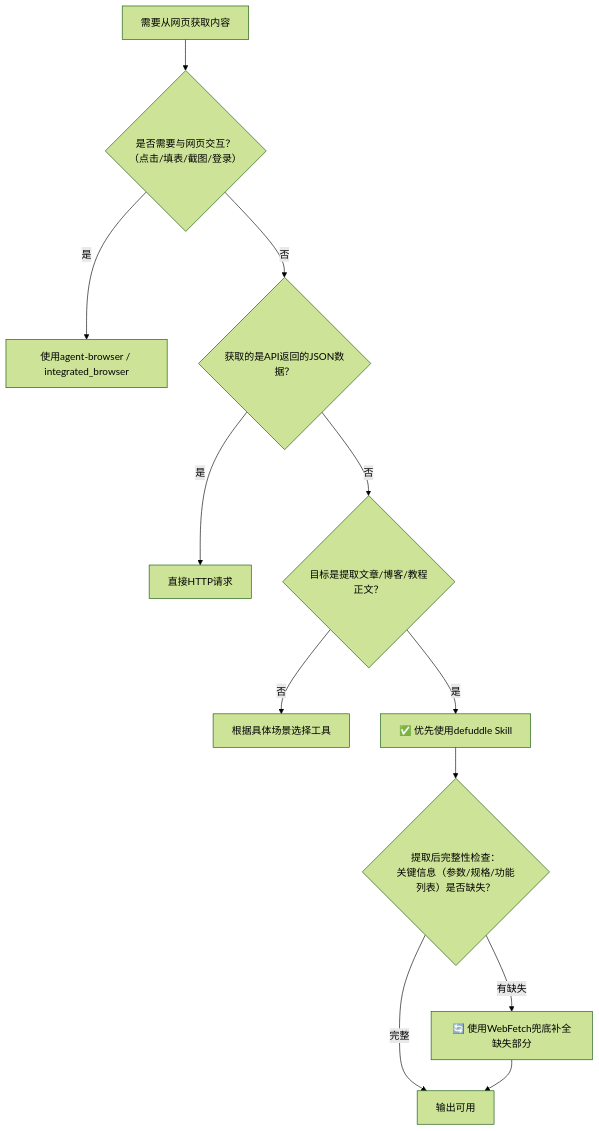
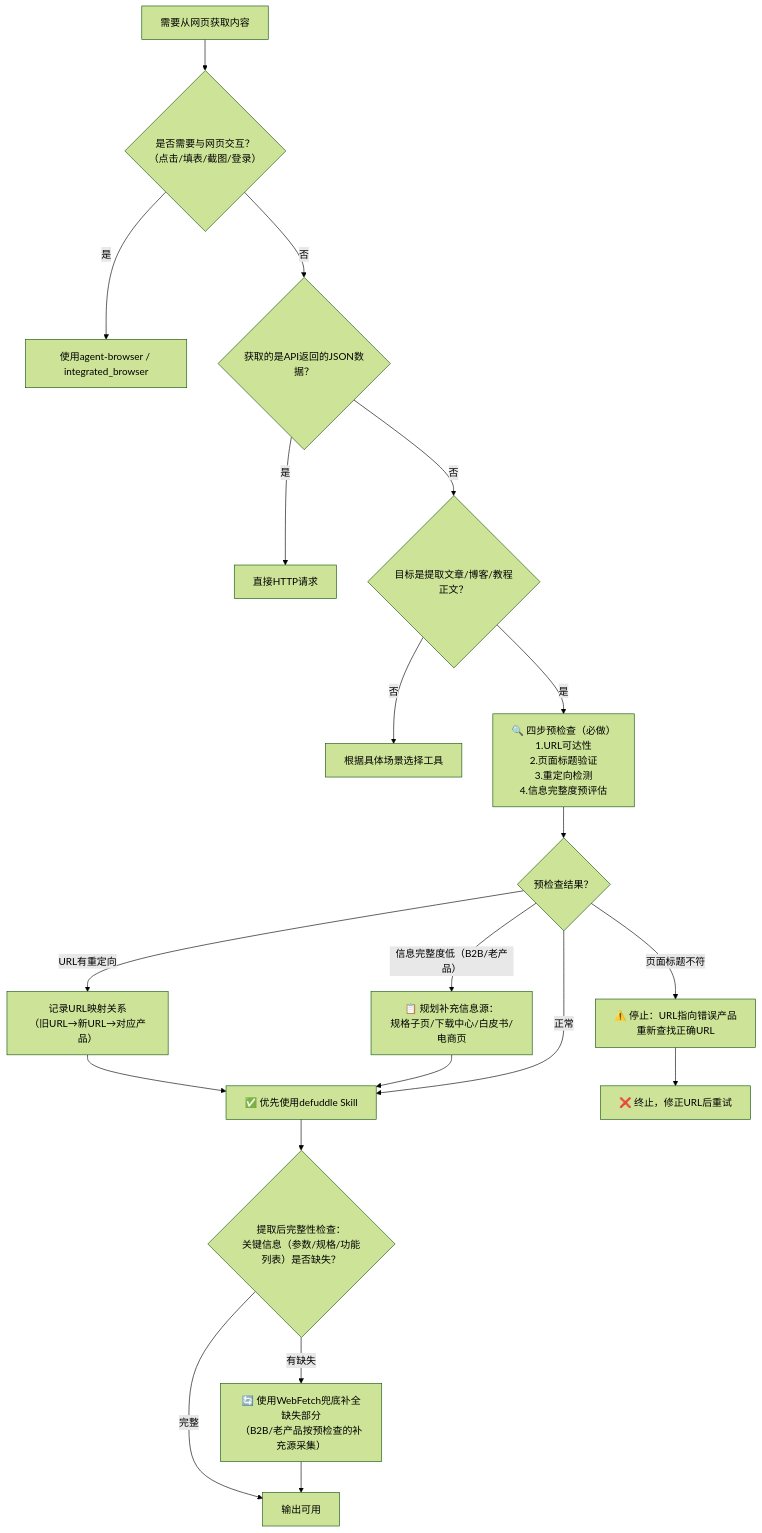
The diagram in docs/retrospective/patterns/methodology-patterns/tools-automation/defuddle-web-extraction-preferred.md (xinetzone/SpecWeave), drawn with Mermaid (forest theme) before and after one commit. The commit also changed other lines of this file and 3 other files, not shown here.

````diff
--- a/docs/retrospective/patterns/methodology-patterns/tools-automation/defuddle-web-extraction-preferred.md
+++ b/docs/retrospective/patterns/methodology-patterns/tools-automation/defuddle-web-extraction-preferred.md
@@ -61,14 +67,22 @@
 ```mermaid
 flowchart TD
     A["需要从网页获取内容"] --> B{"是否需要与网页交互？<br/>（点击/填表/截图/登录）"}
     B -->|"是"| C["使用agent-browser / integrated_browser"]
     B -->|"否"| D{"获取的是API返回的JSON数据？"}
     D -->|"是"| E["直接HTTP请求"]
     D -->|"否"| F{"目标是提取文章/博客/教程正文？"}
     F -->|"否"| H["根据具体场景选择工具"]
-    F -->|"是"| G["✅ 优先使用defuddle Skill"]
+    F -->|"是"| P0["🔍 四步预检查（必做）<br/>1.URL可达性<br/>2.页面标题验证<br/>3.重定向检测<br/>4.信息完整度预评估"]
+    P0 --> P1{"预检查结果？"}
+    P1 -->|"URL有重定向"| P2["记录URL映射关系<br/>（旧URL→新URL→对应产品）"]
+    P1 -->|"页面标题不符"| P3["⚠️ 停止：URL指向错误产品<br/>重新查找正确URL"]
+    P1 -->|"信息完整度低（B2B/老产品）"| P4["📋 规划补充信息源：<br/>规格子页/下载中心/白皮书/电商页"]
+    P2 --> G
+    P4 --> G
+    P1 -->|"正常"| G["✅ 优先使用defuddle Skill"]
     G --> I{"提取后完整性检查：<br/>关键信息（参数/规格/功能列表）是否缺失？"}
     I -->|"完整"| J["输出可用"]
-    I -->|"有缺失"| K["🔄 使用WebFetch兜底补全缺失部分"]
+    I -->|"有缺失"| K["🔄 使用WebFetch兜底补全缺失部分<br/>（B2B/老产品按预检查的补充源采集）"]
     K --> J
+    P3 --> Z["❌ 终止，修正URL后重试"]
 ```
````
